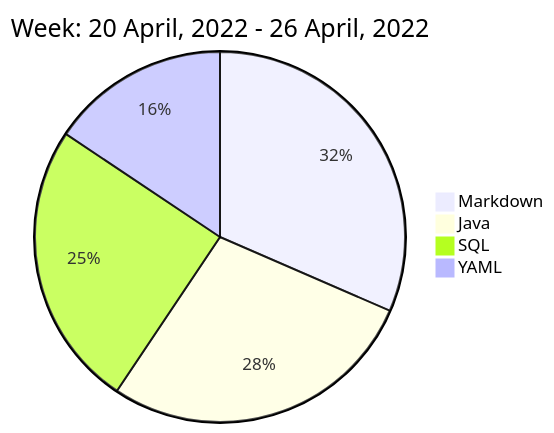
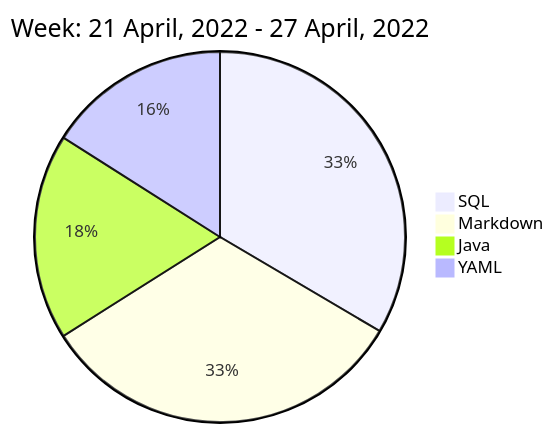
Before and after one commit to liubin95/liubin95: the diagram in README.md, drawn with Mermaid.

Commit message:
Updated the Graph with new Metrics

````diff
--- a/README.md
+++ b/README.md
@@ -40,8 +40,8 @@
 ```mermaid
  pie
-title Week: 20 April, 2022 - 26 April, 2022
- "Markdown" : 4.58
- "Java" : 4.05
- "SQL" : 3.63
+title Week: 21 April, 2022 - 27 April, 2022
+ "SQL" : 4.75
+ "Markdown" : 4.62
+ "Java" : 2.55
  "YAML" : 2.27
 ```
````
